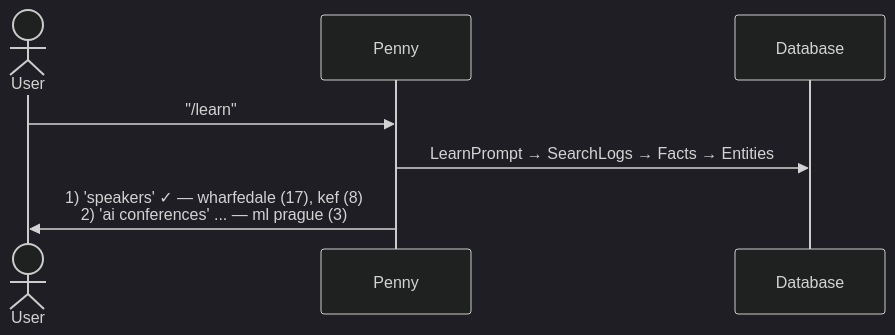
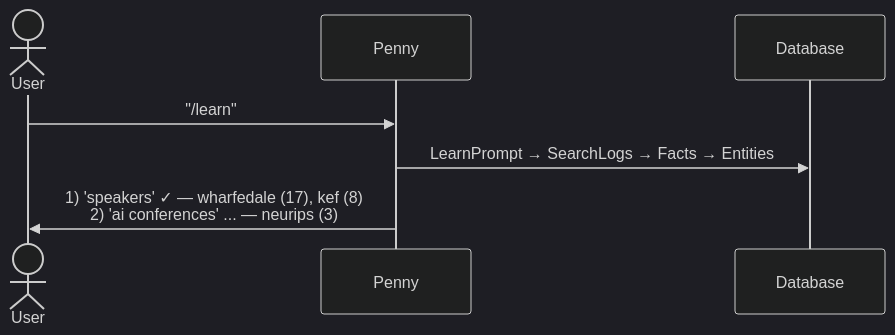
One commit to alifeinbinary/penny changed diagram 11 of 11 in docs/archive/knowledge-system-flows.md. Above: the diagram before and after it, drawn with Mermaid (dark theme). The commit also changed 17 other files, not shown here.

````diff
--- a/docs/archive/knowledge-system-flows.md
+++ b/docs/archive/knowledge-system-flows.md
@@ -177,11 +177,11 @@
 ```mermaid
 sequenceDiagram
     actor User
     participant Penny
     participant DB as Database
 
     User->>Penny: "/learn"
     Penny->>DB: LearnPrompt → SearchLogs → Facts → Entities
 
-    Penny->>User: 1) 'speakers' ✓ — wharfedale (17), kef (8)<br/>2) 'ai conferences' ... — ml prague (3)
+    Penny->>User: 1) 'speakers' ✓ — wharfedale (17), kef (8)<br/>2) 'ai conferences' ... — neurips (3)
 ```
````
